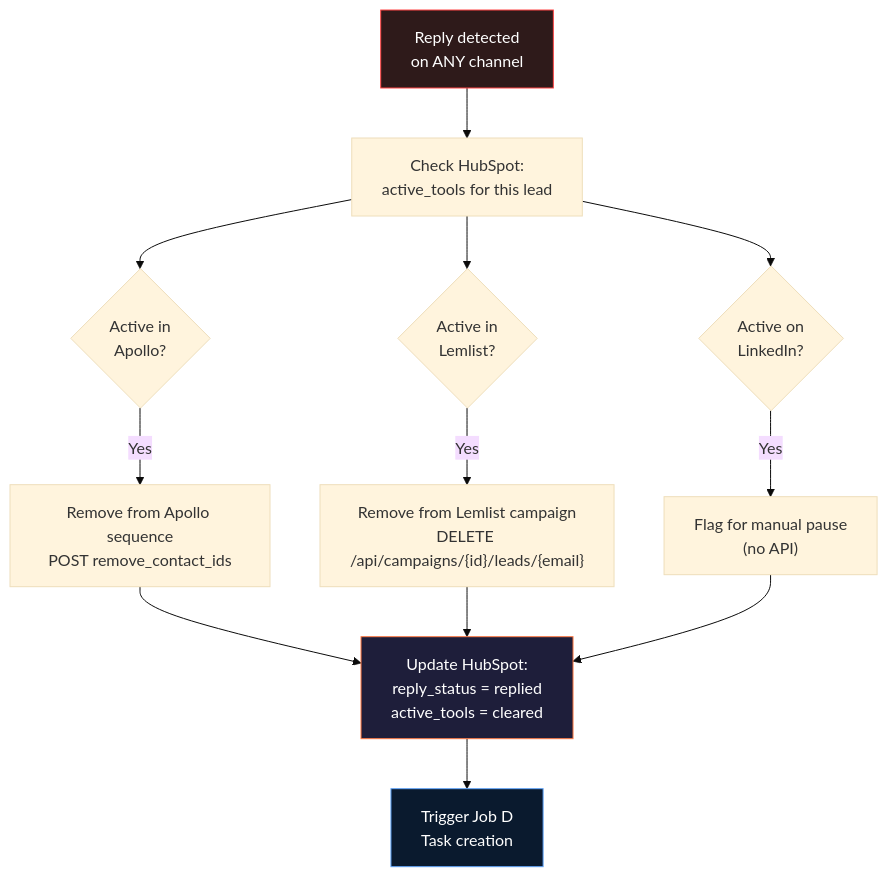
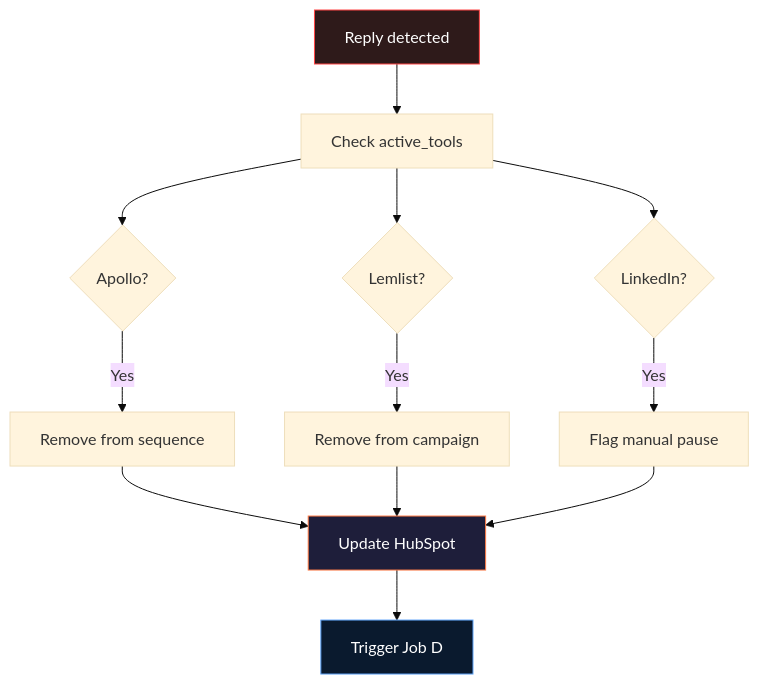
The eighth of 9 diagrams in Kernelics email outreaching automation/architecture.md (Artemponomarev/ai-agent-guides), drawn with Mermaid (base theme) before and after one commit. The commit also changed other lines of this file, not shown here.

First line of the commit message:
Fix Mermaid diagrams for Obsidian rendering

````diff
--- a/Kernelics email outreaching automation/architecture.md
+++ b/Kernelics email outreaching automation/architecture.md
@@ -148,21 +165,18 @@
 ```mermaid
 flowchart TD
-    R["Reply detected\non ANY channel"] --> CHECK["Check HubSpot:\nactive_tools for this lead"]
-    CHECK --> APOLLO{"Active in\nApollo?"}
-    CHECK --> LEMLIST{"Active in\nLemlist?"}
-    CHECK --> LINKEDIN{"Active on\nLinkedIn?"}
-
-    APOLLO -->|"Yes"| PAUSE_A["Remove from Apollo sequence\nPOST remove_contact_ids"]
-    LEMLIST -->|"Yes"| PAUSE_L["Remove from Lemlist campaign\nDELETE /api/campaigns/{id}/leads/{email}"]
-    LINKEDIN -->|"Yes"| FLAG_LI["Flag for manual pause\n(no API)"]
-
-    PAUSE_A --> UPDATE["Update HubSpot:\nreply_status = replied\nactive_tools = cleared"]
-    PAUSE_L --> UPDATE
-    FLAG_LI --> UPDATE
-
-    UPDATE --> TASKD["Trigger Job D\nTask creation"]
+    R[Reply detected] --> CHECK[Check active_tools]
+    CHECK --> A{Apollo?}
+    CHECK --> L{Lemlist?}
+    CHECK --> LI{LinkedIn?}
+    A -->|Yes| PA[Remove from sequence]
+    L -->|Yes| PL[Remove from campaign]
+    LI -->|Yes| FL[Flag manual pause]
+    PA --> UP[Update HubSpot]
+    PL --> UP
+    FL --> UP
+    UP --> TD[Trigger Job D]
 
     style R fill:#2e1a1a,stroke:#ff4545,color:#fff
-    style UPDATE fill:#1e1e3a,stroke:#ff7a45,color:#fff
-    style TASKD fill:#0a1a2e,stroke:#60a5fa,color:#fff
+    style UP fill:#1e1e3a,stroke:#ff7a45,color:#fff
+    style TD fill:#0a1a2e,stroke:#60a5fa,color:#fff
 ```
````
